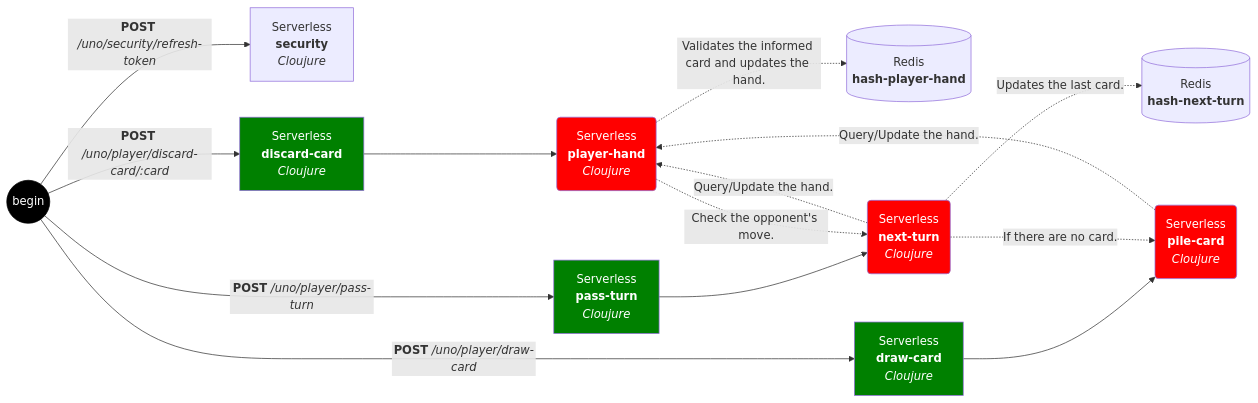
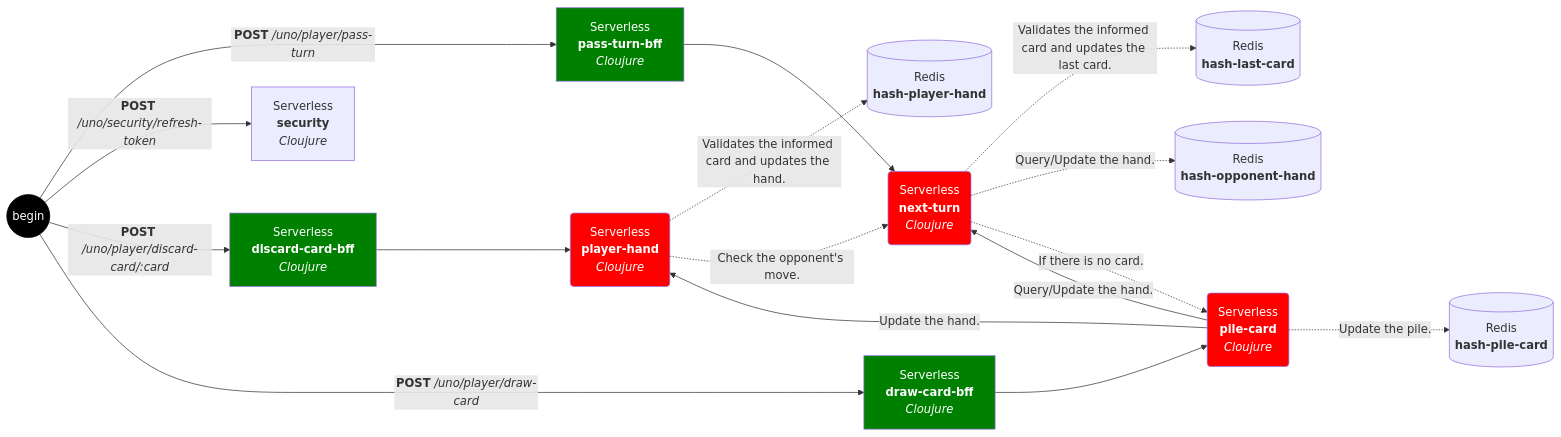
One commit to olbiwan/uno changed the diagram in README.md. Above: the diagram before and after it, drawn with Mermaid. The commit also changed other lines of this file, not shown here.

````diff
--- a/README.md
+++ b/README.md
@@ -18,21 +18,24 @@
 ```mermaid
 flowchart LR
     SC -.->|Validates the informed card and updates the hand.| HPH[(Redis<br><b>hash-player-hand</b>)]
     U((begin))
+    U -->|<b>POST</b> <i>/uno/player/pass-turn</i>| FD[Serverless<br><b>pass-turn-bff</b><br><i>Cloujure</i>]
     U -->|<b>POST</b> <i>/uno/security/refresh-token</i>| Z[Serverless<br><b>security</b><br><i>Cloujure</i>]
-    U -->|<b>POST</b> <i>/uno/player/discard-card/:card</i>| FA[Serverless<br><b>discard-card</b><br><i>Cloujure</i>]
-    U -->|<b>POST</b> <i>/uno/player/draw-card</i>| FB[Serverless<br><b>draw-card</b><br><i>Cloujure</i>]
-    U -->|<b>POST</b> <i>/uno/player/pass-turn</i>| FC[Serverless<br><b>pass-turn</b><br><i>Cloujure</i>]
-    FA --> SC(Serverless<br><b>player-hand</b><br><i>Cloujure</i>)
-    FC --> SA(Serverless<br><b>next-turn</b><br><i>Cloujure</i>)
-    FB --> SB(Serverless<br><b>pile-card</b><br><i>Cloujure</i>)
-    SA -.->|Updates the last card.| HNT[(Redis<br><b>hash-next-turn</b>)]
-    SA -.->|If there are no card.| SB
-    SA & SB -.->|Query/Update the hand.| SC
+    U -->|<b>POST</b> <i>/uno/player/discard-card/:card</i>| FB[Serverless<br><b>discard-card-bff</b><br><i>Cloujure</i>]
+    U -->|<b>POST</b> <i>/uno/player/draw-card</i>| FC[Serverless<br><b>draw-card-bff</b><br><i>Cloujure</i>]
+    FB --> SC(Serverless<br><b>player-hand</b><br><i>Cloujure</i>)
+    FD --> SA(Serverless<br><b>next-turn</b><br><i>Cloujure</i>)
+    FC --> SB(Serverless<br><b>pile-card</b><br><i>Cloujure</i>)
+    SA -.->|Validates the informed card and updates the last card.| HLC[(Redis<br><b>hash-last-card</b>)]
+    SA -.->|Query/Update the hand.| HOH[(Redis<br><b>hash-opponent-hand</b>)]
+    SB -.->|Update the pile.| HPC[(Redis<br><b>hash-pile-card</b>)]
+    SA -.->|If there is no card.| SB
+    SB -->|Update the hand.| SC
+    SB -->|Query/Update the hand.| SA
     SC -.->|Check the opponent's move.| SA
     classDef first color:#fff,fill:green;
     classDef second color:#fff,fill:red;
     style U  color:#fff,fill:#000,stroke:#000;
-    class FA,FB,FC first;
+    class FB,FC,FD first;
     class SA,SB,SC second;
 ```
````
